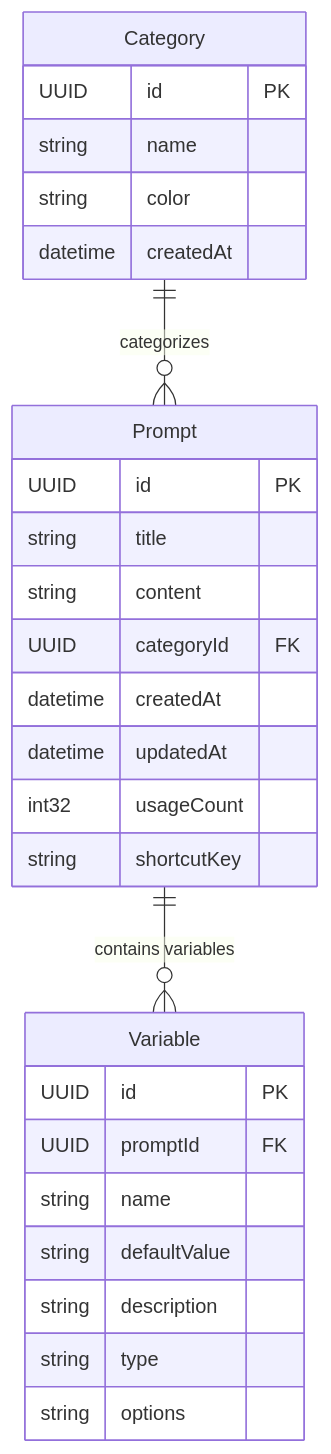
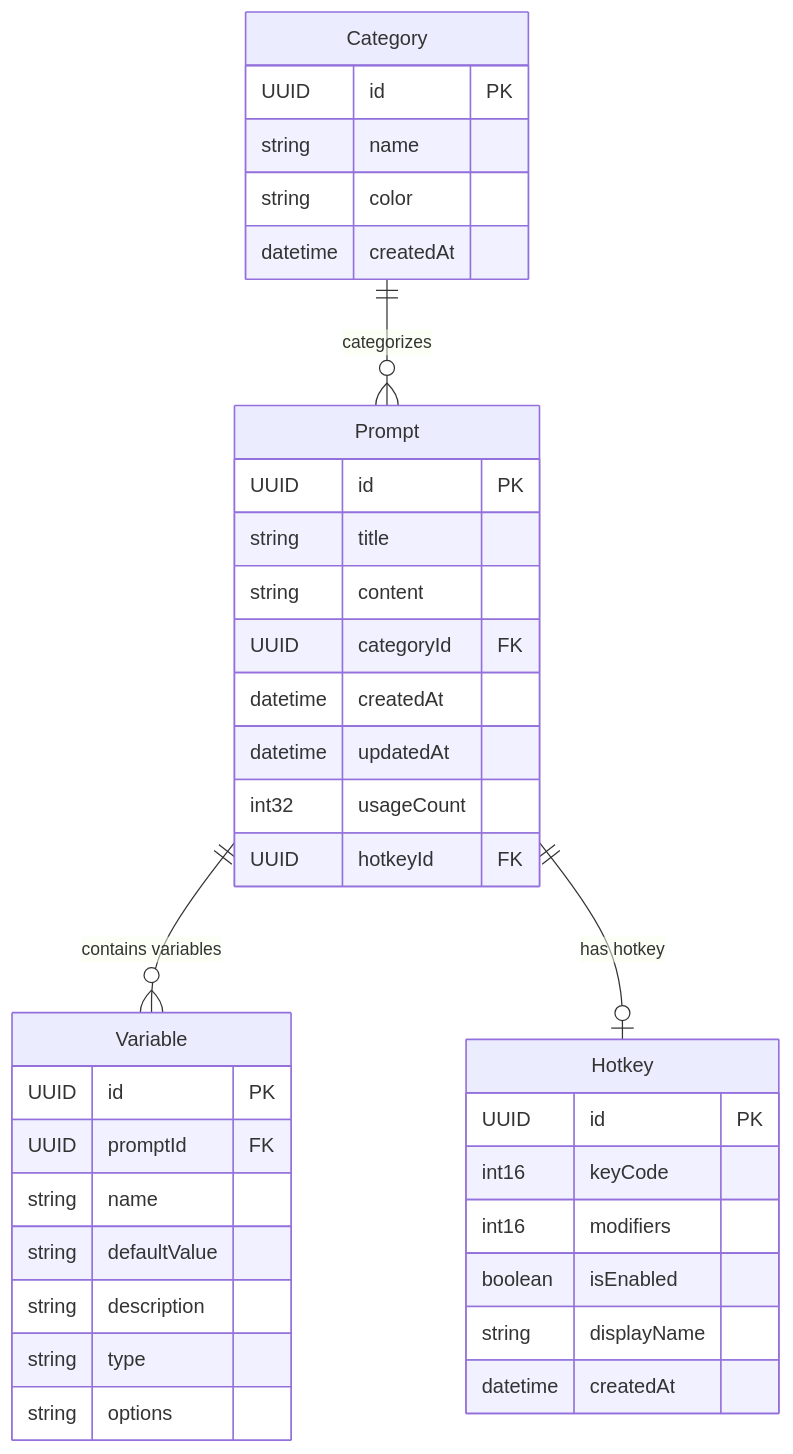
One commit to LeoTwins/prompt-vault changed the diagram in Docs/ER図.md. Above: the diagram before and after it, drawn with Mermaid. The commit also changed other lines of this file, not shown here.

First line of the commit message:
docs: ER図のホットキー設計を改善

````diff
--- a/Docs/ER図.md
+++ b/Docs/ER図.md
@@ -9,34 +9,44 @@
 ```mermaid
 erDiagram
     Category {
         UUID id PK
         string name
         string color
         datetime createdAt
     }
 
     Prompt {
         UUID id PK
         string title
         string content
         UUID categoryId FK
         datetime createdAt
         datetime updatedAt
         int32 usageCount
-        string shortcutKey
+        UUID hotkeyId FK
+    }
+
+    Hotkey {
+        UUID id PK
+        int16 keyCode
+        int16 modifiers
+        boolean isEnabled
+        string displayName
+        datetime createdAt
     }
 
 
     Variable {
         UUID id PK
         UUID promptId FK
         string name
         string defaultValue
         string description
         string type
         string options
     }
 
     Category ||--o{ Prompt : "categorizes"
     Prompt ||--o{ Variable : "contains variables"
+    Prompt ||--o| Hotkey : "has hotkey"
 ```
````
